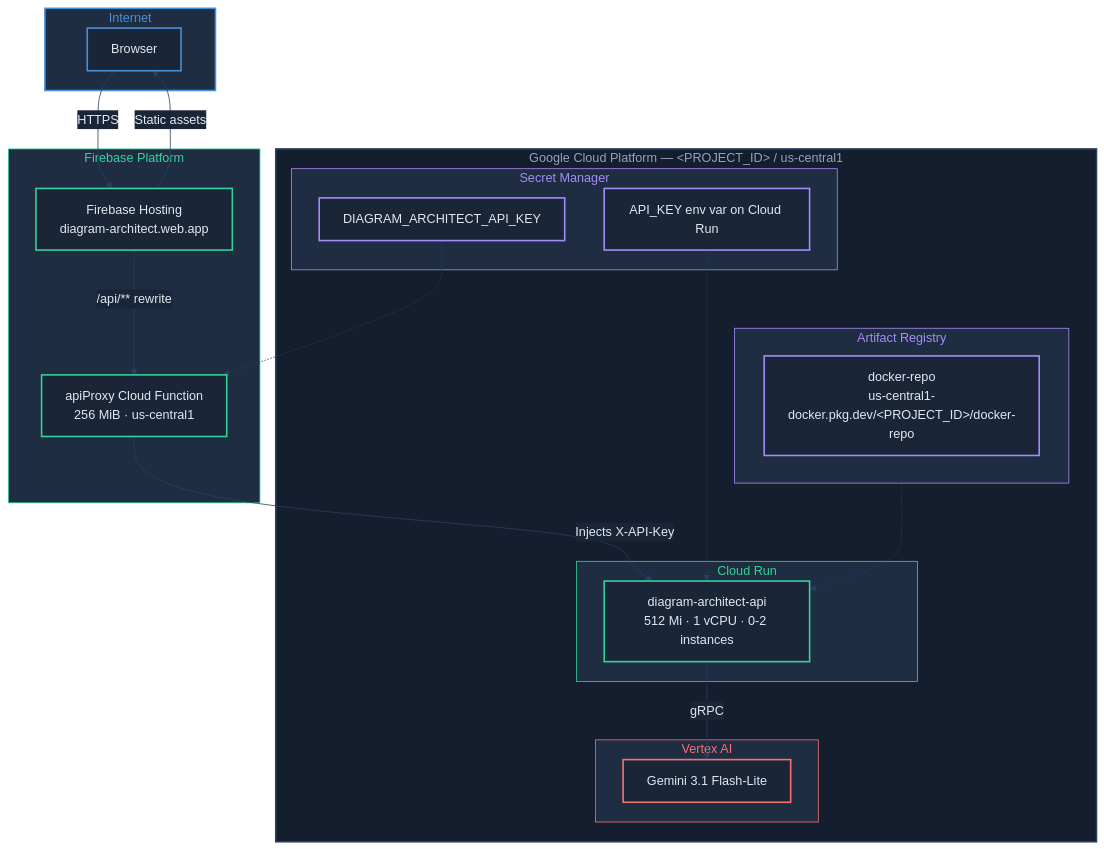
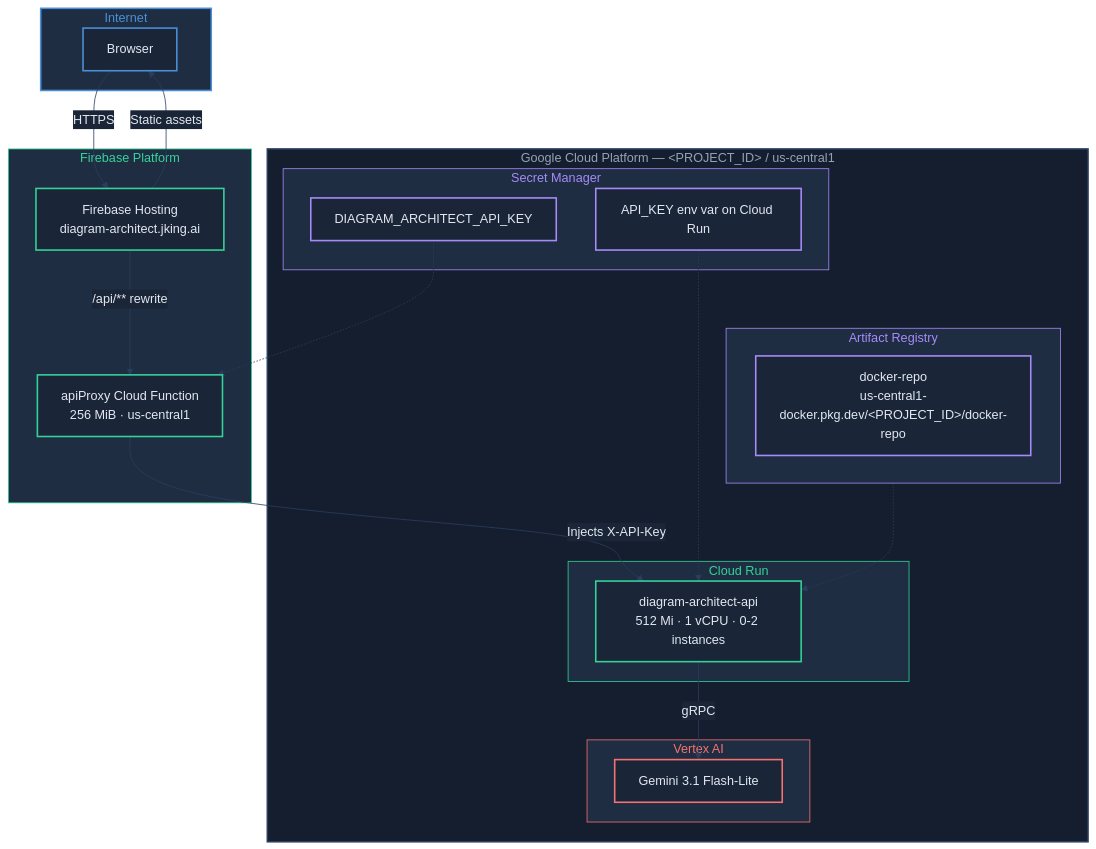
Before and after one commit to jking-ai/diagram-as-code-architect: the diagram in docs/production-deployment.md, drawn with Mermaid. The commit also changed other lines of this file and 3 other files, not shown here.

First line of the commit message:
feat(cors): allow the diagram-architect.jking.ai origin (#5)

````diff
--- a/docs/production-deployment.md
+++ b/docs/production-deployment.md
@@ -9,71 +9,71 @@
 ```mermaid
 %%{init: {'theme': 'base', 'themeVariables': {
   'darkMode': true,
   'background': '#0f1724',
   'primaryColor': '#1a2538',
   'primaryTextColor': '#e2e8f0',
   'primaryBorderColor': '#2a3f5f',
   'lineColor': '#4a90d9',
   'secondaryColor': '#1e2d42',
   'tertiaryColor': '#1e2d42',
   'edgeLabelBackground': '#1a2538',
   'clusterBkg': '#1e2d42',
   'clusterBorder': '#2a3f5f',
   'nodeTextColor': '#e2e8f0',
   'titleColor': '#94a3b8'
 }}}%%
 flowchart TB
     subgraph Internet
         Client[Browser]:::blue
     end
 
     subgraph Firebase["Firebase Platform"]
-        FH[Firebase Hosting<br/>diagram-architect.web.app]:::green
+        FH[Firebase Hosting<br/>diagram-architect.jking.ai]:::green
         CF[apiProxy Cloud Function<br/>256 MiB · us-central1]:::green
     end
 
     subgraph GCP["Google Cloud Platform — &lt;PROJECT_ID&gt; / us-central1"]
         subgraph CloudRun["Cloud Run"]
             CR[diagram-architect-api<br/>512 Mi · 1 vCPU · 0-2 instances]:::green
         end
 
         subgraph AR["Artifact Registry"]
             Repo[docker-repo<br/>us-central1-docker.pkg.dev/&lt;PROJECT_ID&gt;/docker-repo]:::purple
         end
 
         subgraph SM["Secret Manager"]
             S1[DIAGRAM_ARCHITECT_API_KEY]:::purple
             S2[API_KEY env var on Cloud Run]:::purple
         end
 
         subgraph VertexAI["Vertex AI"]
             Chat[Gemini 3.1 Flash-Lite]:::red
         end
     end
 
     Client -- "HTTPS" --> FH
     FH -- "Static assets" --> Client
     FH -- "/api/** rewrite" --> CF
     CF -- "Injects X-API-Key" --> CR
     S1 -.-> CF
     S2 -.-> CR
     CR -- "gRPC" --> Chat
     AR -.-> CR
 
     style Internet fill:#1e2d42, stroke:#4a90d9, stroke-width:2px, color:#4a90d9
     style Firebase fill:#1e2d42, stroke:#34d399, stroke-width:1px, color:#34d399
     style GCP fill:#141e2e, stroke:#2a3f5f, stroke-width:2px, color:#94a3b8
     style CloudRun fill:#1e2d42, stroke:#34d399, stroke-width:1px, color:#34d399
     style AR fill:#1e2d42, stroke:#a78bfa, stroke-width:1px, color:#a78bfa
     style SM fill:#1e2d42, stroke:#a78bfa, stroke-width:1px, color:#a78bfa
     style VertexAI fill:#1e2d42, stroke:#f87171, stroke-width:1px, color:#f87171
 
     classDef blue   fill:#1a2538, stroke:#4a90d9, stroke-width:2px, color:#e2e8f0;
     classDef green  fill:#1a2538, stroke:#34d399, stroke-width:2px, color:#e2e8f0;
     classDef amber  fill:#1a2538, stroke:#f59e0b, stroke-width:2px, color:#e2e8f0;
     classDef red    fill:#1a2538, stroke:#f87171, stroke-width:2px, color:#e2e8f0;
     classDef purple fill:#1a2538, stroke:#a78bfa, stroke-width:2px, color:#e2e8f0;
     classDef slate  fill:#1a2538, stroke:#94a3b8, stroke-width:2px, color:#e2e8f0;
 
     linkStyle default stroke:#2a3f5f, stroke-width:1px
 ```
````
